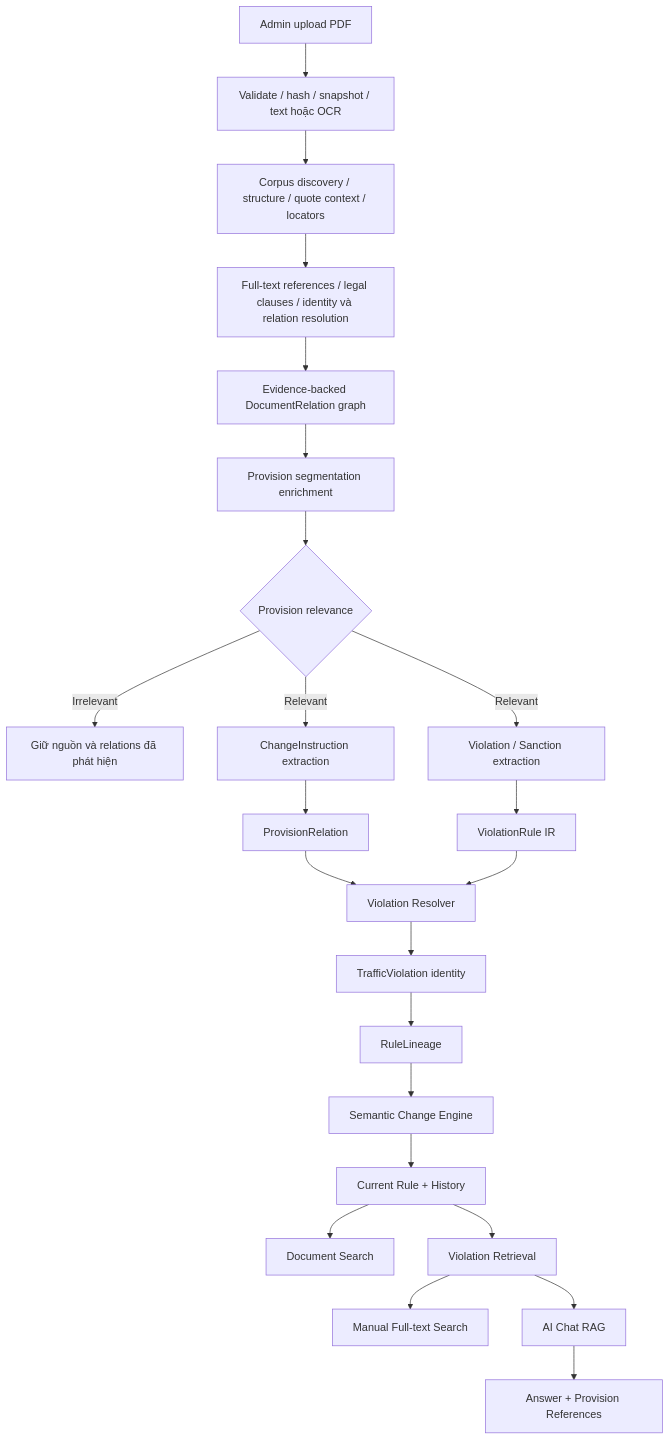
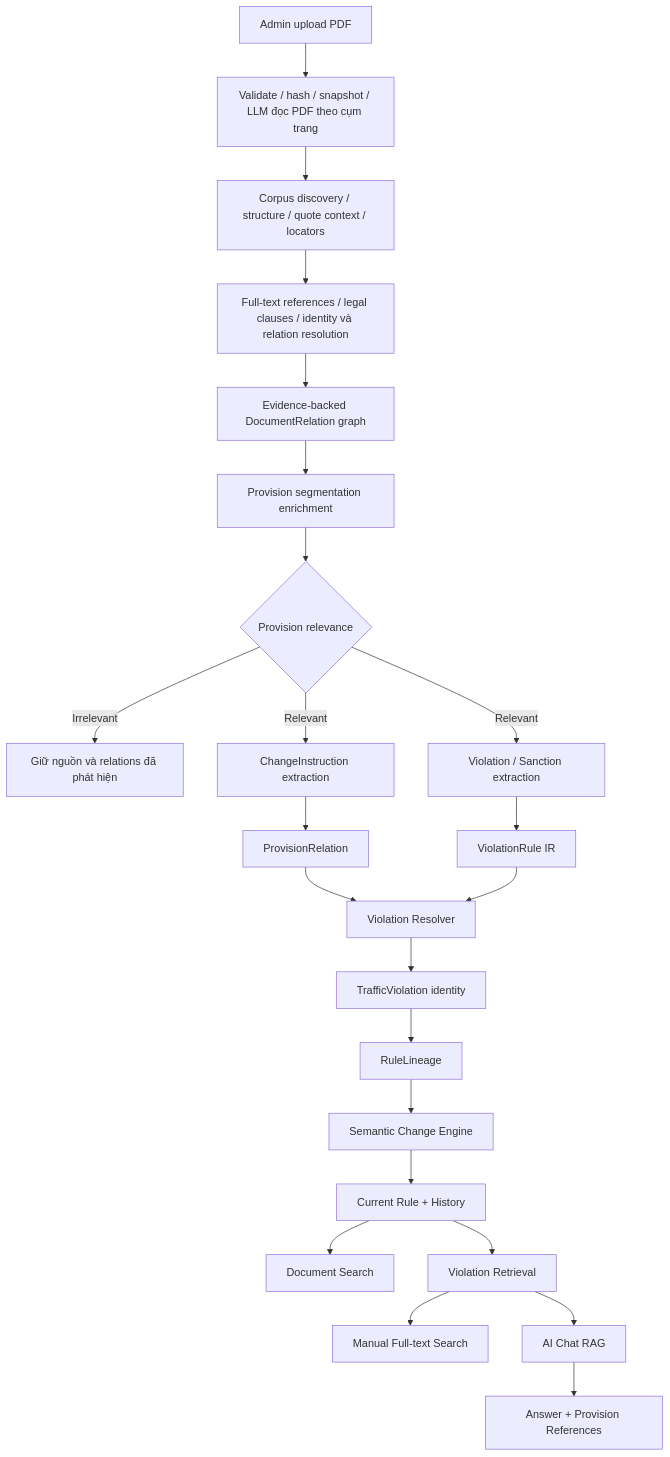
Before and after one commit to NamPE286/INT3011E_6: the seventh of 44 diagrams in docs/srs.md, drawn with Mermaid. The commit also changed other lines of this file and 1 other file, not shown here.

First line of the commit message:
docs(srs): align with LLM-only PDF reading and the implemented MCP tools

````diff
--- a/docs/srs.md
+++ b/docs/srs.md
@@ -499,25 +503,25 @@
 ```mermaid
 flowchart TB
-    PDF["Admin upload PDF"] --> Ingest["Validate / hash / snapshot / text hoặc OCR"]
+    PDF["Admin upload PDF"] --> Ingest["Validate / hash / snapshot / LLM đọc PDF theo cụm trang"]
     Ingest --> Discovery["Corpus discovery / structure / quote context / locators"]
     Discovery --> Graph["Full-text references / legal clauses / identity và relation resolution"]
     Graph --> DG["Evidence-backed DocumentRelation graph"]
     DG --> Parse["Provision segmentation enrichment"]
     Parse --> Relevance{"Provision relevance"}
     Relevance -->|"Irrelevant"| Skip["Giữ nguồn và relations đã phát hiện"]
     Relevance -->|"Relevant"| Change["ChangeInstruction extraction"]
     Relevance -->|"Relevant"| Extract["Violation / Sanction extraction"]
     Change --> PR["ProvisionRelation"]
     Extract --> IR["ViolationRule IR"]
     PR --> Resolver["Violation Resolver"]
     IR --> Resolver
     Resolver --> Violation["TrafficViolation identity"]
     Violation --> Lineage["RuleLineage"]
     Lineage --> Diff["Semantic Change Engine"]
     Diff --> History["Current Rule + History"]
     History --> Docs["Document Search"]
     History --> Retrieval["Violation Retrieval"]
     Retrieval --> FTS["Manual Full-text Search"]
     Retrieval --> RAG["AI Chat RAG"]
     RAG --> Answer["Answer + Provision References"]
 ```
````
